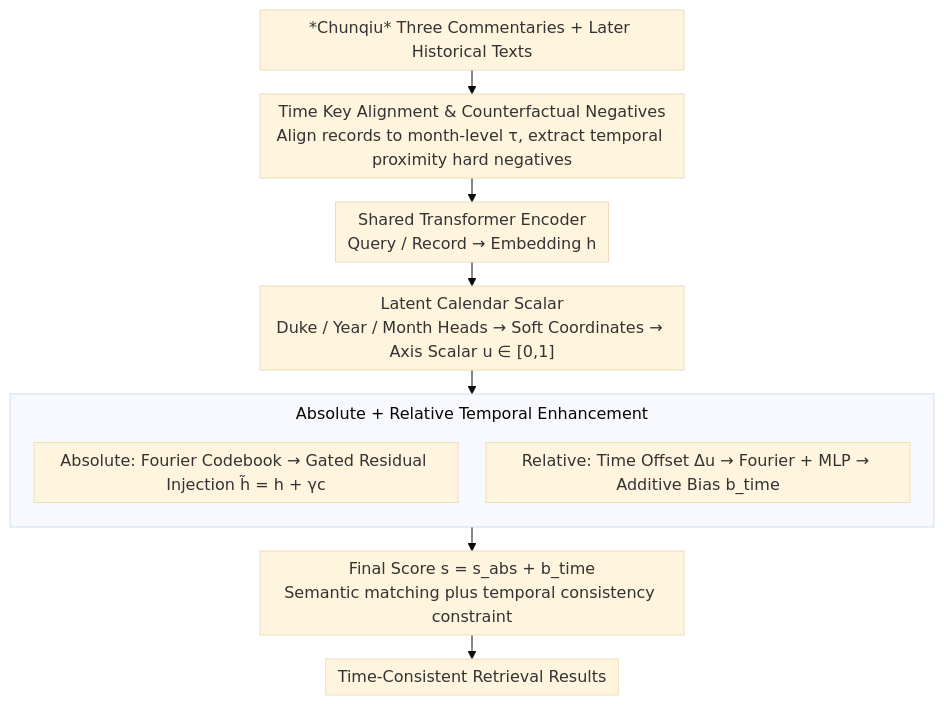
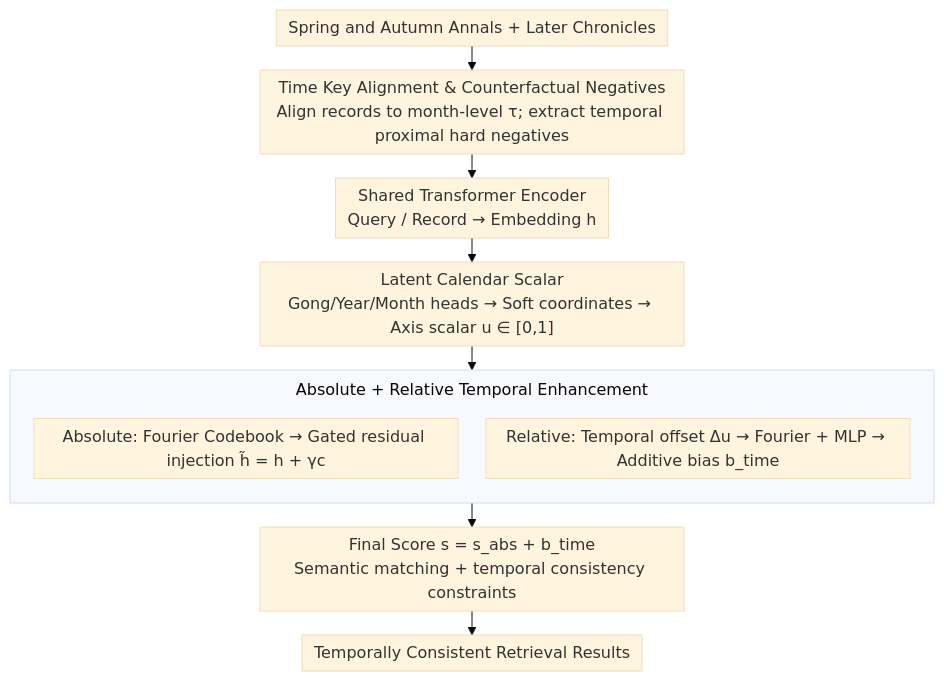
One commit to zhaoyang97/Paper-Notes-en changed the diagram in docs/ACL2026/information_retrieval/chunqiutr_time-keyed_temporal_retrieval_in_classical_chinese_annals.md. Above: the diagram before and after it, drawn with Mermaid (base theme). The commit also changed other lines of this file and 5084 other files, not shown here.

````diff
--- a/docs/ACL2026/information_retrieval/chunqiutr_time-keyed_temporal_retrieval_in_classical_chinese_annals.md
+++ b/docs/ACL2026/information_retrieval/chunqiutr_time-keyed_temporal_retrieval_in_classical_chinese_annals.md
@@ -43,15 +43,15 @@
 ```mermaid
 %%{init: {'flowchart': {'rankSpacing': 24, 'nodeSpacing': 28, 'padding': 6, 'wrappingWidth': 400, 'subGraphTitleMargin': {'top': 8, 'bottom': 16}}}}%%
 flowchart TD
-    A["*Chunqiu* Three Commentaries + Later Historical Texts"] --> B["Time Key Alignment & Counterfactual Negatives<br/>Align records to month-level τ, extract temporal proximity hard negatives"]
+    A["Spring and Autumn Annals + Later Chronicles"] --> B["Time Key Alignment & Counterfactual Negatives<br/>Align records to month-level τ; extract temporal proximal hard negatives"]
     B --> C["Shared Transformer Encoder<br/>Query / Record → Embedding h"]
-    C --> D["Latent Calendar Scalar<br/>Duke / Year / Month Heads → Soft Coordinates → Axis Scalar u ∈ [0,1]"]
+    C --> D["Latent Calendar Scalar<br/>Gong/Year/Month heads → Soft coordinates → Axis scalar u ∈ [0,1]"]
     subgraph S["Absolute + Relative Temporal Enhancement"]
         direction TB
-        E["Absolute: Fourier Codebook → Gated Residual Injection h̃ = h + γc"]
-        F["Relative: Time Offset Δu → Fourier + MLP → Additive Bias b_time"]
+        E["Absolute: Fourier Codebook → Gated residual injection h̃ = h + γc"]
+        F["Relative: Temporal offset Δu → Fourier + MLP → Additive bias b_time"]
     end
     D --> S
-    S --> G["Final Score s = s_abs + b_time<br/>Semantic matching plus temporal consistency constraint"]
-    G --> H["Time-Consistent Retrieval Results"]
+    S --> G["Final Score s = s_abs + b_time<br/>Semantic matching + temporal consistency constraints"]
+    G --> H["Temporally Consistent Retrieval Results"]
 ```
````
